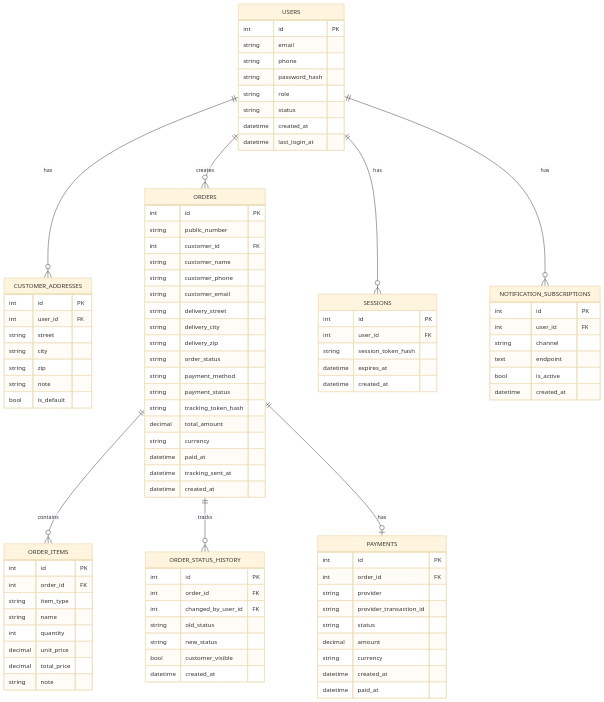
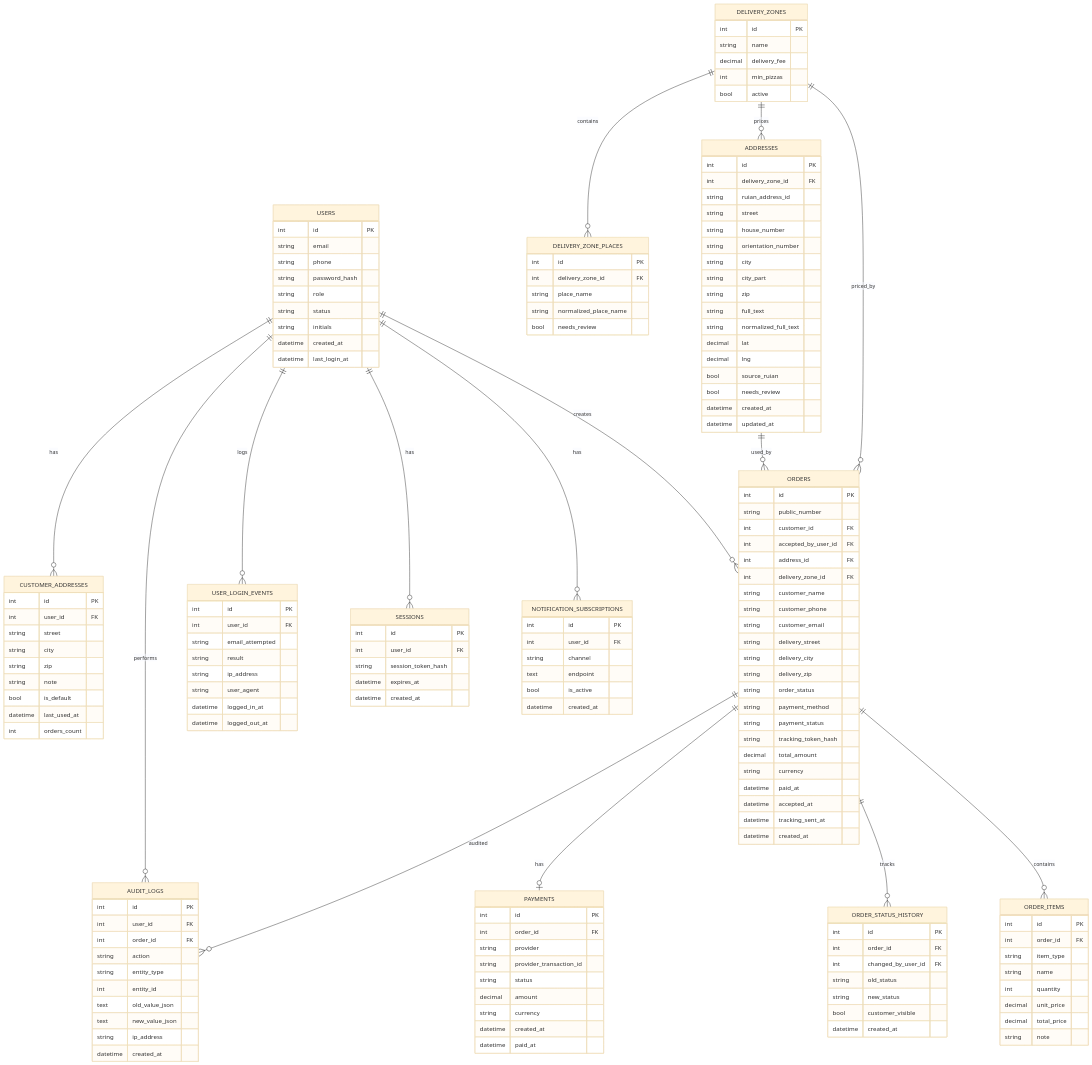
Diagram 15 of 18 in ARCHITEKTURA.md (Poracanin/pizza-bellizzi), drawn with Mermaid (base theme) before and after one commit. The commit also changed other lines of this file and 3 other files, not shown here.

```diff
--- a/ARCHITEKTURA.md
+++ b/ARCHITEKTURA.md
@@ -255,9 +554,16 @@
 erDiagram
   USERS ||--o{ CUSTOMER_ADDRESSES : has
   USERS ||--o{ ORDERS : creates
+  USERS ||--o{ USER_LOGIN_EVENTS : logs
+  USERS ||--o{ AUDIT_LOGS : performs
   ORDERS ||--o{ ORDER_ITEMS : contains
   ORDERS ||--o{ ORDER_STATUS_HISTORY : tracks
   ORDERS ||--o| PAYMENTS : has
+  ORDERS ||--o{ AUDIT_LOGS : audited
+  DELIVERY_ZONES ||--o{ DELIVERY_ZONE_PLACES : contains
+  DELIVERY_ZONES ||--o{ ADDRESSES : prices
+  ADDRESSES ||--o{ ORDERS : used_by
+  DELIVERY_ZONES ||--o{ ORDERS : priced_by
   USERS ||--o{ SESSIONS : has
   USERS ||--o{ NOTIFICATION_SUBSCRIPTIONS : has
 
@@ -268,6 +574,7 @@
     string password_hash
     string role
     string status
+    string initials
     datetime created_at
     datetime last_login_at
   }
@@ -280,12 +587,53 @@
     string zip
     string note
     bool is_default
+    datetime last_used_at
+    int orders_count
+  }
+
+  DELIVERY_ZONES {
+    int id PK
+    string name
+    decimal delivery_fee
+    int min_pizzas
+    bool active
+  }
+
+  DELIVERY_ZONE_PLACES {
+    int id PK
+    int delivery_zone_id FK
+    string place_name
+    string normalized_place_name
+    bool needs_review
+  }
+
+  ADDRESSES {
+    int id PK
+    int delivery_zone_id FK
+    string ruian_address_id
+    string street
+    string house_number
+    string orientation_number
+    string city
+    string city_part
+    string zip
+    string full_text
+    string normalized_full_text
+    decimal lat
+    decimal lng
+    bool source_ruian
+    bool needs_review
+    datetime created_at
+    datetime updated_at
   }
 
   ORDERS {
     int id PK
     string public_number
     int customer_id FK
+    int accepted_by_user_id FK
+    int address_id FK
+    int delivery_zone_id FK
     string customer_name
     string customer_phone
     string customer_email
@@ -299,6 +647,7 @@
     decimal total_amount
     string currency
     datetime paid_at
+    datetime accepted_at
     datetime tracking_sent_at
     datetime created_at
   }
@@ -324,6 +673,30 @@
     string currency
     datetime created_at
     datetime paid_at
+  }
+
+  USER_LOGIN_EVENTS {
+    int id PK
+    int user_id FK
+    string email_attempted
+    string result
+    string ip_address
+    string user_agent
+    datetime logged_in_at
+    datetime logged_out_at
+  }
+
+  AUDIT_LOGS {
+    int id PK
+    int user_id FK
+    int order_id FK
+    string action
+    string entity_type
+    int entity_id
+    text old_value_json
+    text new_value_json
+    string ip_address
+    datetime created_at
   }
 
   ORDER_STATUS_HISTORY {
```
